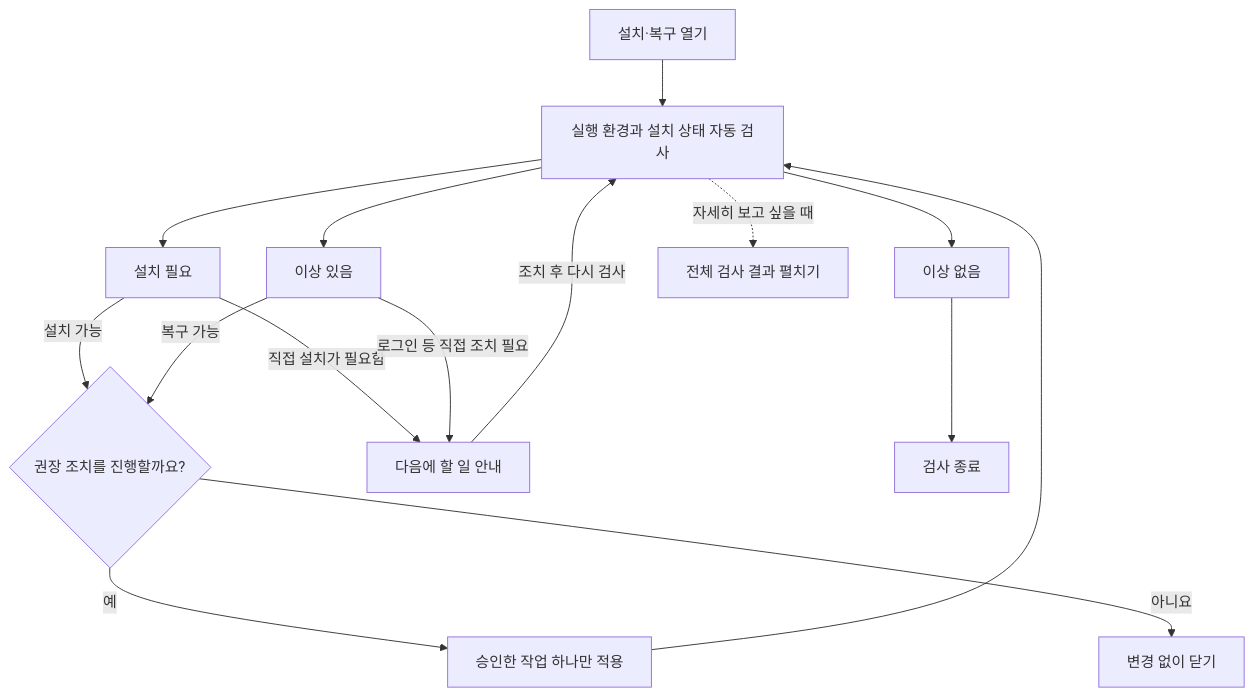
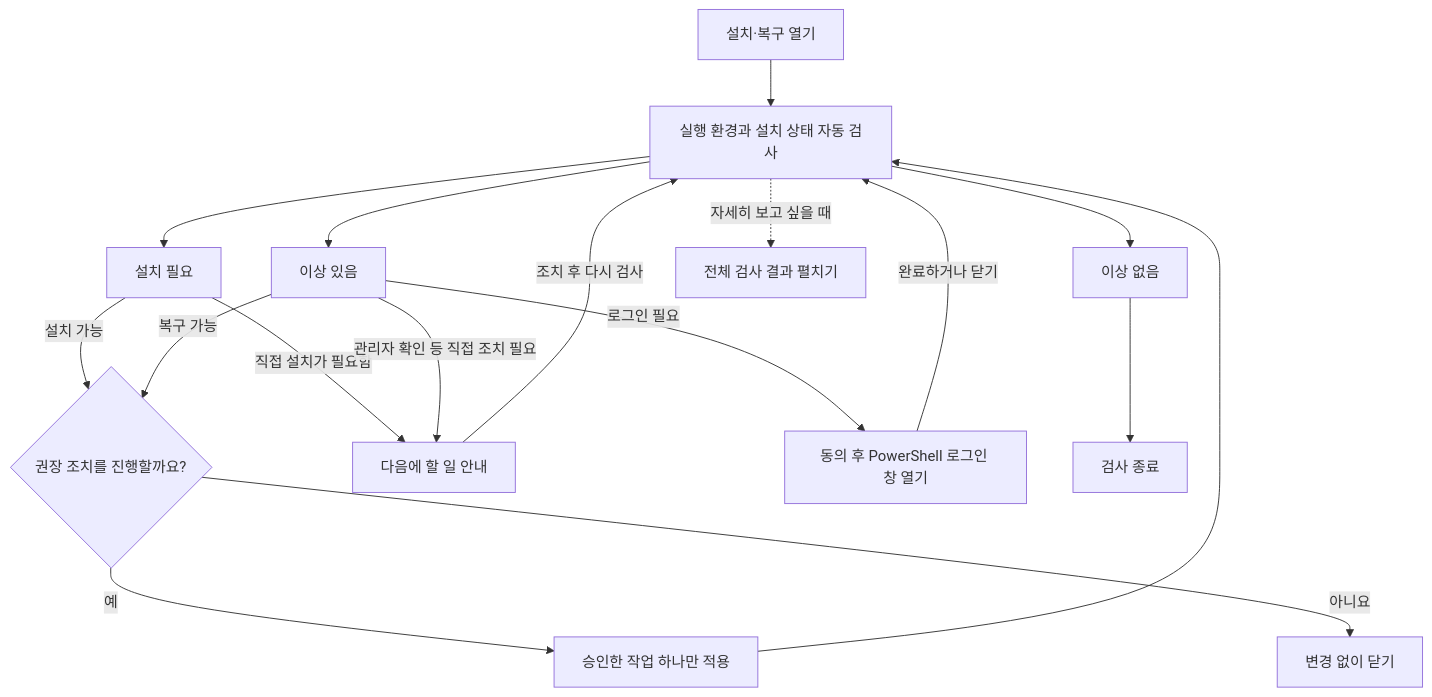
One commit to bswan0113/claude-code-cli-setup-diagnostics changed the second of 2 diagrams in docs/workflow.md. Above: the diagram before and after it, drawn with Mermaid. The commit also changed other lines of this file and 46 other files, not shown here.

````diff
--- a/docs/workflow.md
+++ b/docs/workflow.md
@@ -55,17 +55,19 @@
 ```mermaid
 flowchart TD
     Open["설치·복구 열기"] --> Scan["실행 환경과 설치 상태 자동 검사"]
     Scan --> Install["설치 필요"]
     Scan --> Issue["이상 있음"]
     Scan --> Healthy["이상 없음"]
     Scan -.->|자세히 보고 싶을 때| Details["전체 검사 결과 펼치기"]
     Install -->|설치 가능| Ask{"권장 조치를 진행할까요?"}
     Issue -->|복구 가능| Ask
     Install -->|직접 설치가 필요함| Guide["다음에 할 일 안내"]
-    Issue -->|로그인 등 직접 조치 필요| Guide
+    Issue -->|로그인 필요| Login["동의 후 PowerShell 로그인 창 열기"]
+    Login -->|완료하거나 닫기| Scan
+    Issue -->|관리자 확인 등 직접 조치 필요| Guide
     Ask -->|예| Apply["승인한 작업 하나만 적용"]
     Ask -->|아니요| Close["변경 없이 닫기"]
     Apply --> Scan
     Guide -->|조치 후 다시 검사| Scan
     Healthy --> Done["검사 종료"]
 ```
````
